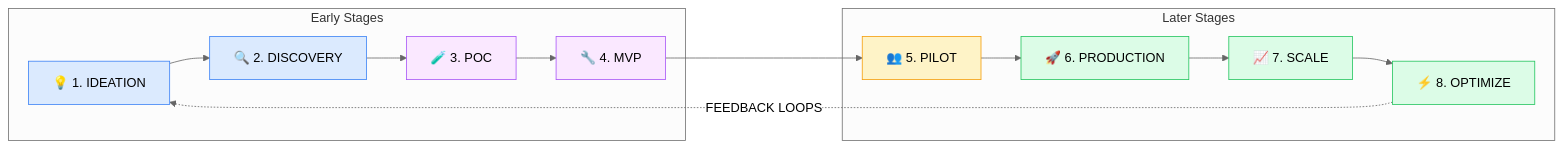
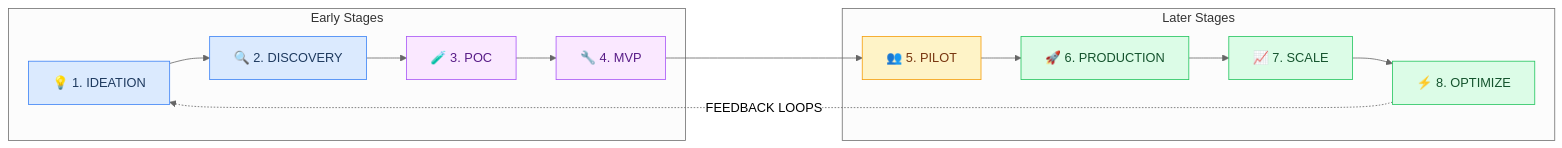
One commit to asq-sheriff/AI-Production-Checklist changed the diagram in docs/LIFECYCLE-STAGES.md. Above: the diagram before and after it, drawn with Mermaid (neutral theme). The commit also changed 8 other files, not shown here.

First line of the commit message:
Fix text contrast in all Mermaid diagrams

````diff
--- a/docs/LIFECYCLE-STAGES.md
+++ b/docs/LIFECYCLE-STAGES.md
@@ -20,26 +20,26 @@
 ```mermaid
 flowchart LR
     subgraph early[Early Stages]
         S1[💡 1. IDEATION] --> S2[🔍 2. DISCOVERY]
         S2 --> S3[🧪 3. POC]
         S3 --> S4[🔧 4. MVP]
     end
 
     subgraph late[Later Stages]
         S5[👥 5. PILOT] --> S6[🚀 6. PRODUCTION]
         S6 --> S7[📈 7. SCALE]
         S7 --> S8[⚡ 8. OPTIMIZE]
     end
 
     S4 --> S5
     S8 -.->|FEEDBACK LOOPS| S1
 
-    style S1 fill:#dbeafe,stroke:#3b82f6
-    style S2 fill:#dbeafe,stroke:#3b82f6
-    style S3 fill:#fae8ff,stroke:#a855f7
-    style S4 fill:#fae8ff,stroke:#a855f7
-    style S5 fill:#fef3c7,stroke:#f59e0b
-    style S6 fill:#dcfce7,stroke:#22c55e
-    style S7 fill:#dcfce7,stroke:#22c55e
-    style S8 fill:#dcfce7,stroke:#22c55e
+    style S1 fill:#dbeafe,stroke:#3b82f6,color:#1e3a5f
+    style S2 fill:#dbeafe,stroke:#3b82f6,color:#1e3a5f
+    style S3 fill:#fae8ff,stroke:#a855f7,color:#581c87
+    style S4 fill:#fae8ff,stroke:#a855f7,color:#581c87
+    style S5 fill:#fef3c7,stroke:#f59e0b,color:#78350f
+    style S6 fill:#dcfce7,stroke:#22c55e,color:#14532d
+    style S7 fill:#dcfce7,stroke:#22c55e,color:#14532d
+    style S8 fill:#dcfce7,stroke:#22c55e,color:#14532d
 ```
````
